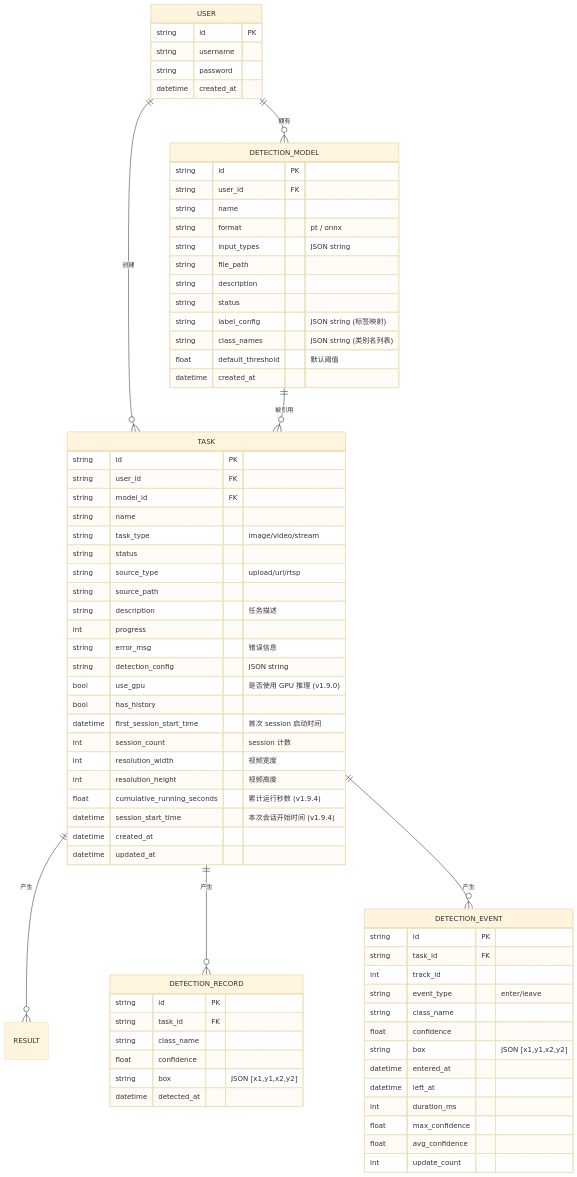
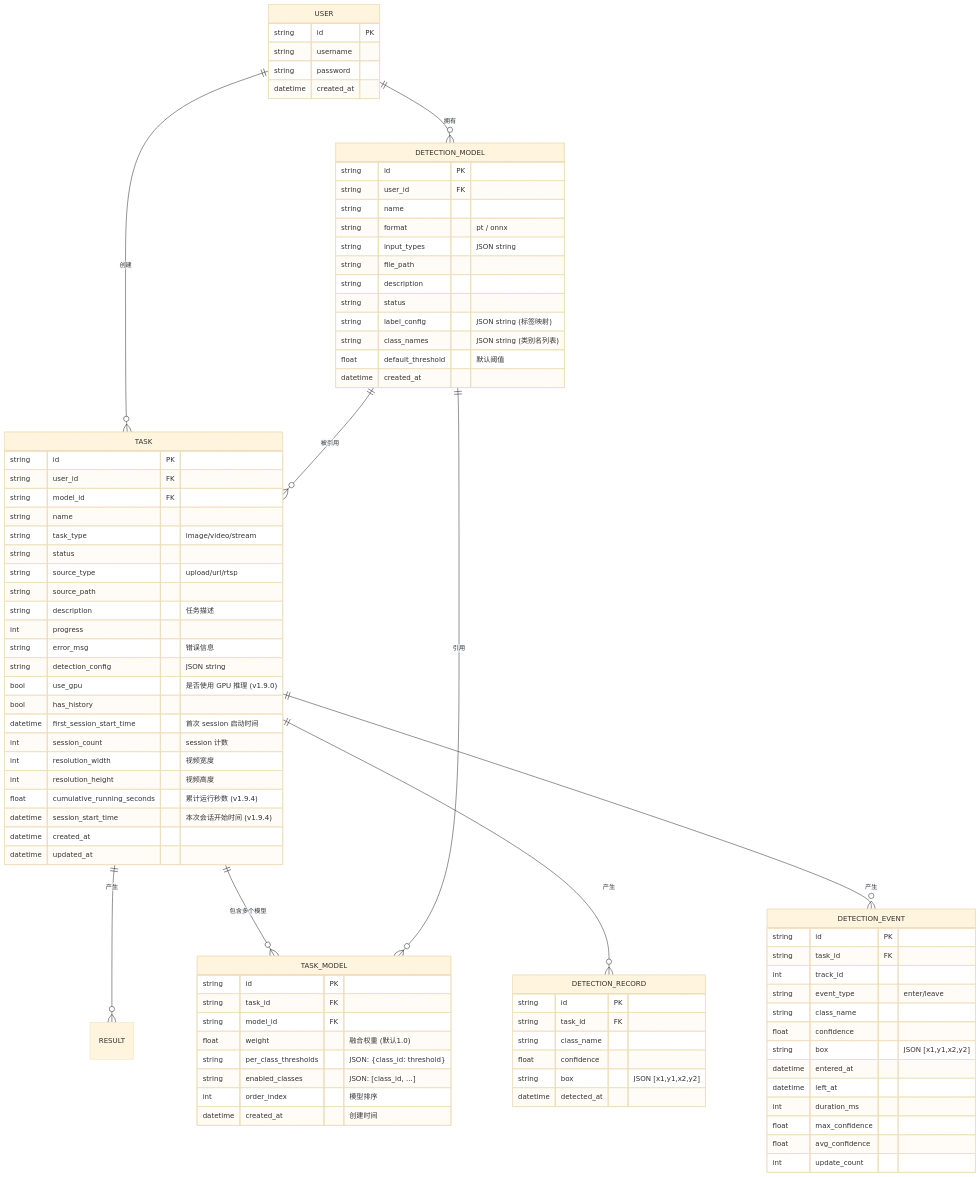
Before and after one commit to whynotnanfeng/FireGuard: the diagram in docs/database.md, drawn with Mermaid (base theme). The commit also changed other lines of this file and 26 other files, not shown here.

```diff
--- a/docs/database.md
+++ b/docs/database.md
@@ -12,6 +12,8 @@
     USER ||--o{ TASK : "创建"
     DETECTION_MODEL ||--o{ TASK : "被引用"
     TASK ||--o{ RESULT : "产生"
+    TASK ||--o{ TASK_MODEL : "包含多个模型"
+    TASK_MODEL }o--|| DETECTION_MODEL : "引用"
     TASK ||--o{ DETECTION_RECORD : "产生"
     TASK ||--o{ DETECTION_EVENT : "产生"
 
@@ -62,6 +64,17 @@
         datetime updated_at
     }
 
+    TASK_MODEL {
+        string id PK
+        string task_id FK
+        string model_id FK
+        float weight "融合权重 (默认1.0)"
+        string per_class_thresholds "JSON: {class_id: threshold}"
+        string enabled_classes "JSON: [class_id, ...]"
+        int order_index "模型排序"
+        datetime created_at "创建时间"
+    }
+
     DETECTION_RECORD {
         string id PK
         string task_id FK
```
